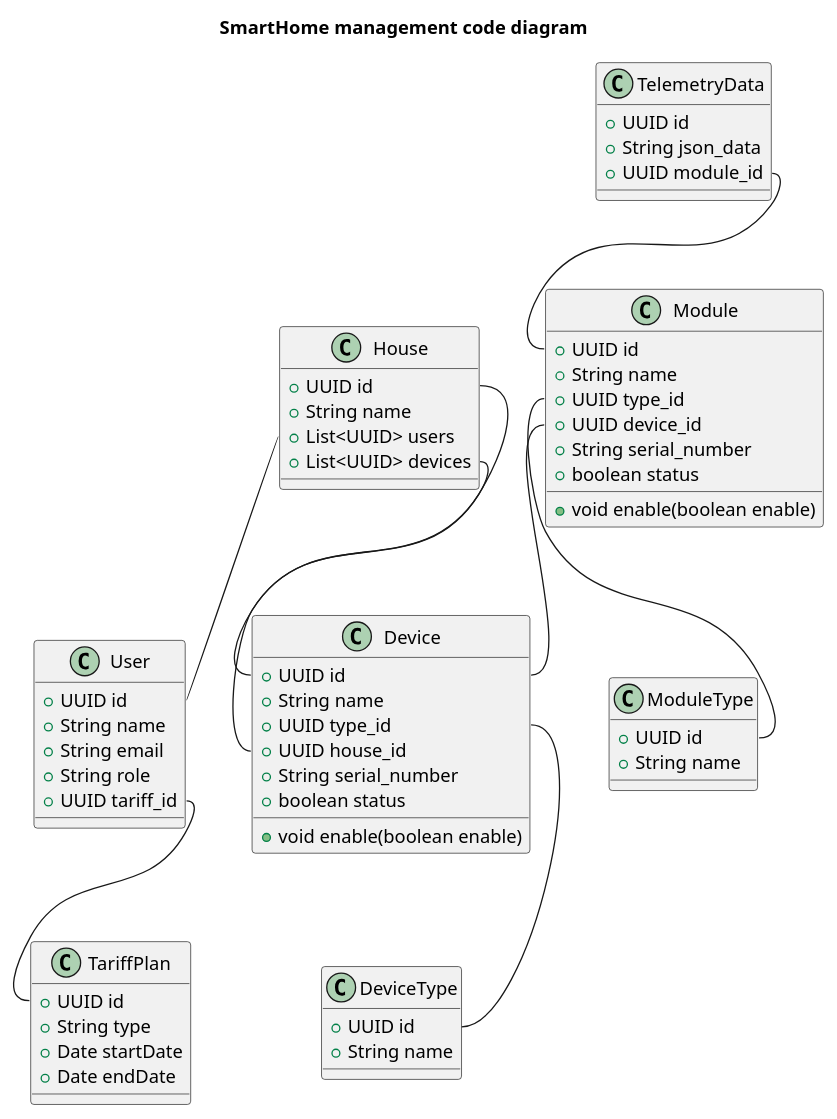
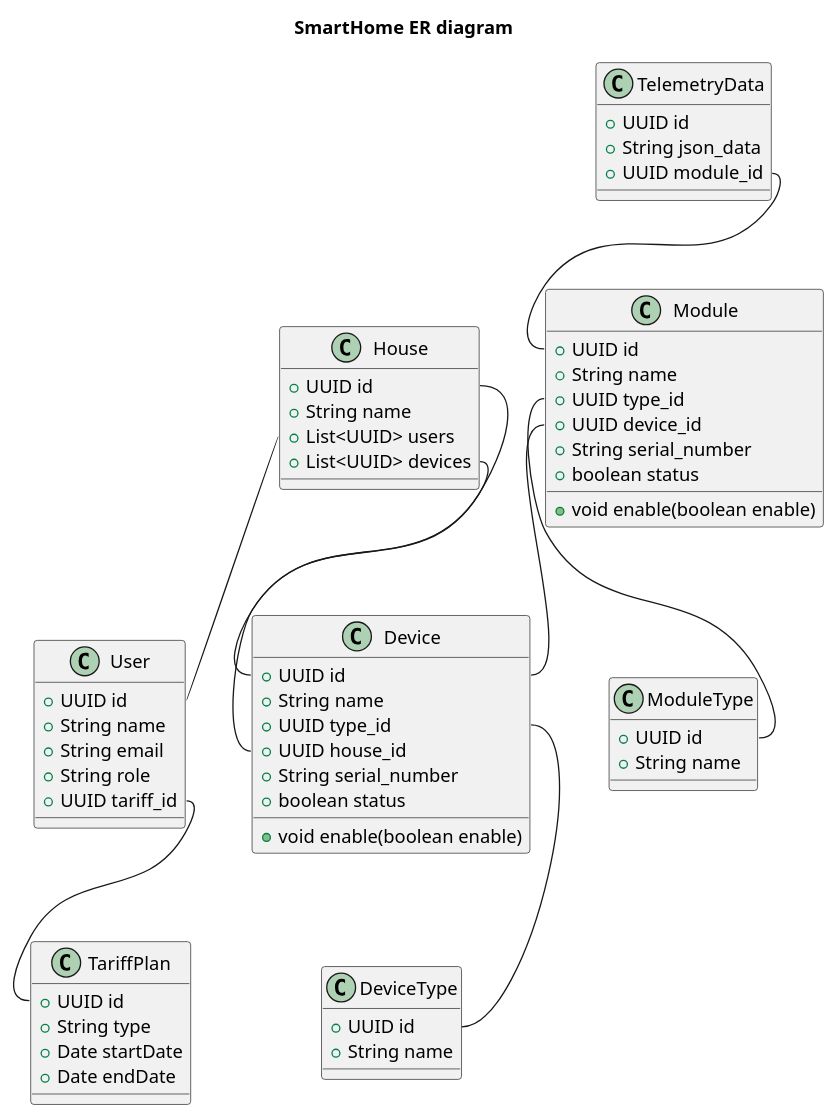
One commit to DmitrySavvin/sprint_3 changed the diagram in smarthome/ER.puml. Above: the diagram before and after it, drawn with PlantUML.

```diff
--- a/smarthome/ER.puml
+++ b/smarthome/ER.puml
@@ -1,73 +1,73 @@
 @startuml
-title SmartHome management code diagram 
+title SmartHome ER diagram 
 
 top to bottom direction
 
 class House {
     +UUID id
     +String name
     +List<UUID> users
     +List<UUID> devices
 }
 
 class User {
     +UUID id
     +String name
     +String email
     +String role
     +UUID tariff_id    
 }
 
 class Device {
     +UUID id  
     +String name
     +UUID type_id
     +UUID house_id
     +String serial_number
     +boolean status
     +void enable(boolean enable)
 }
 
 class Module {
     +UUID id
     +String name
     +UUID type_id
     +UUID device_id
     +String serial_number
     +boolean status
     +void enable(boolean enable)
 }
 
 class DeviceType {
     +UUID id
     +String name
 }
 
 class ModuleType {
     +UUID id
     +String name
 }
 
 class TelemetryData {
     +UUID id
     +String json_data
     +UUID module_id
 }
 
 class TariffPlan {
     +UUID id
     +String type
     +Date startDate
     +Date endDate
 }
 
 House::users -- User::id
 House::devices -- Device::id
 Device::type_id -- DeviceType::id
 Device::house_id -- House::id
 Module::type_id -- ModuleType::id
 Module::device_id -- Device::id
 TelemetryData::module_id -- Module::id
 User::tariff_id -- TariffPlan::id
 
 @enduml
```
